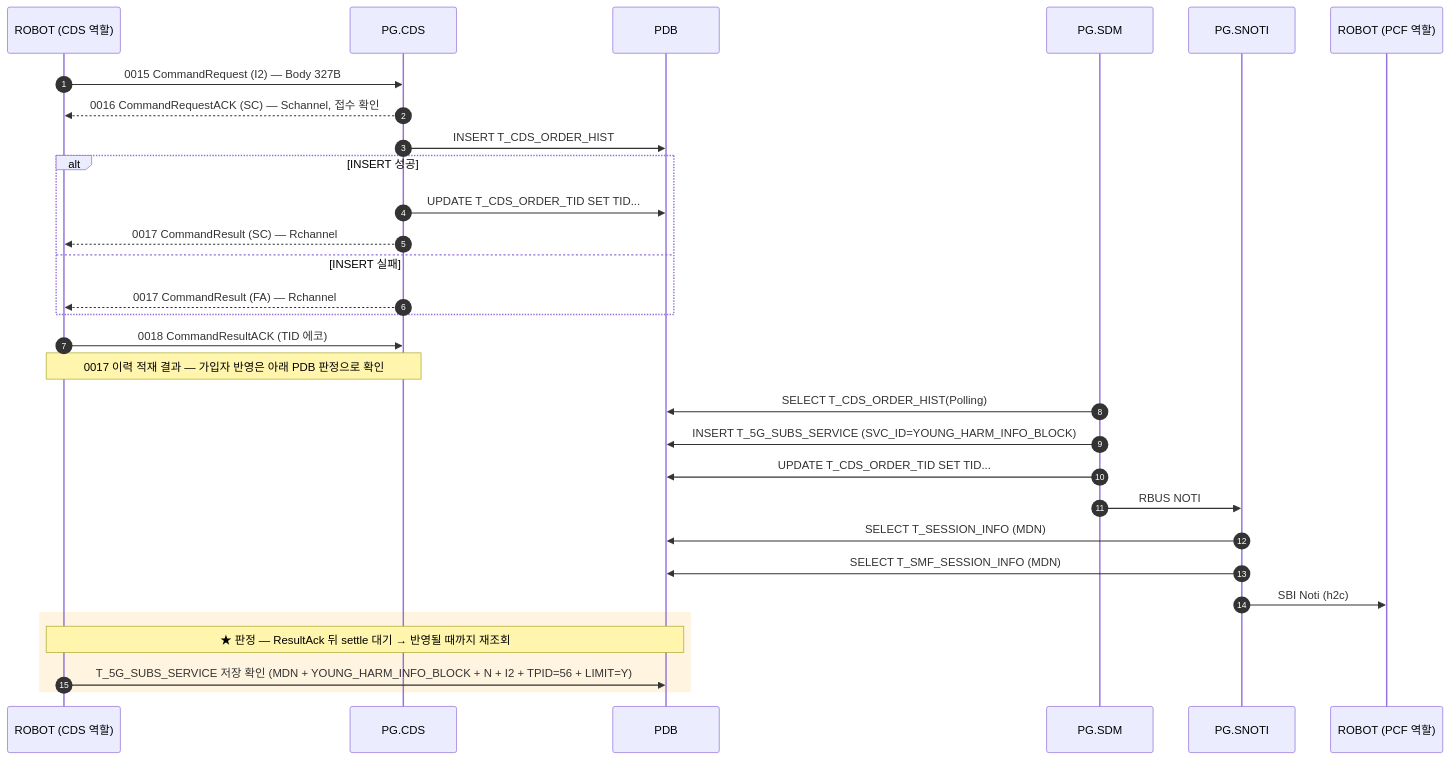
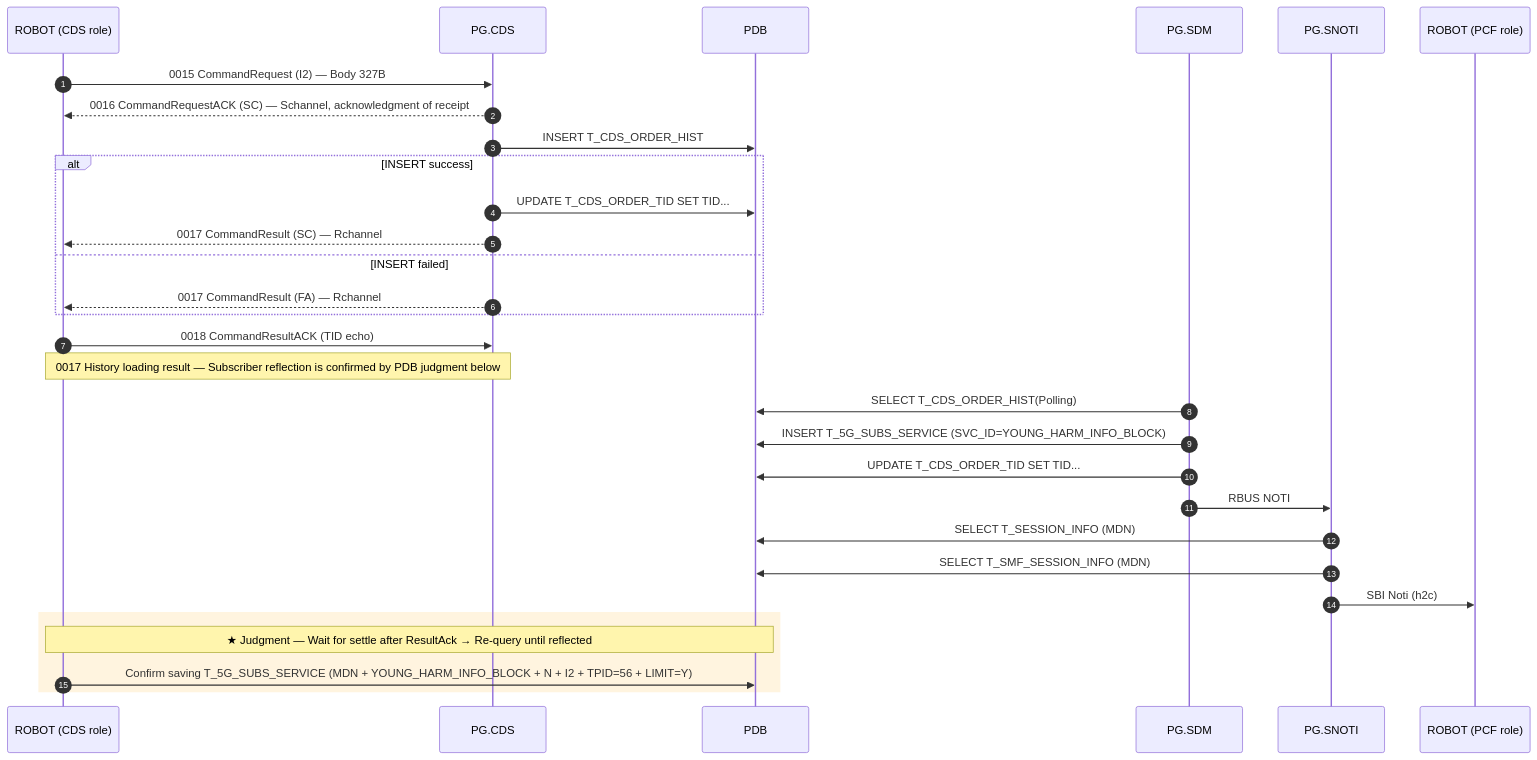
The fourth of 11 diagrams in docs/callflow/cds_callflow.md (IanKim2030/tc4robot), drawn with Mermaid before and after one commit. The commit also changed other lines of this file and 83 other files, not shown here.

````diff
--- a/docs/callflow/cds_callflow.md
+++ b/docs/callflow/cds_callflow.md
@@ -432,34 +432,34 @@
 ```mermaid
 sequenceDiagram
     autonumber
-    participant TOOL as ROBOT (CDS 역할)
+    participant TOOL as ROBOT (CDS role)
     participant PCDS as PG.CDS
     participant PDB as PDB
     participant SDM as PG.SDM
     participant SNOTI as PG.SNOTI
-    participant PCF as ROBOT (PCF 역할)
+    participant PCF as ROBOT (PCF role)
 
     TOOL->>PCDS: 0015 CommandRequest (I2) — Body 327B
-    PCDS-->>TOOL: 0016 CommandRequestACK (SC) — Schannel, 접수 확인
+    PCDS-->>TOOL: 0016 CommandRequestACK (SC) — Schannel, acknowledgment of receipt
     PCDS->>PDB: INSERT T_CDS_ORDER_HIST
-    alt INSERT 성공
+    alt INSERT success
         PCDS->>PDB: UPDATE T_CDS_ORDER_TID SET TID...
         PCDS-->>TOOL: 0017 CommandResult (SC) — Rchannel
-    else INSERT 실패
+    else INSERT failed
         PCDS-->>TOOL: 0017 CommandResult (FA) — Rchannel
     end
-    TOOL->>PCDS: 0018 CommandResultACK (TID 에코)
-    Note over TOOL,PCDS: 0017 이력 적재 결과 — 가입자 반영은 아래 PDB 판정으로 확인
+    TOOL->>PCDS: 0018 CommandResultACK (TID echo)
+    Note over TOOL,PCDS: 0017 History loading result — Subscriber reflection is confirmed by PDB judgment below
 
     SDM->>PDB: SELECT T_CDS_ORDER_HIST(Polling)
     SDM->>PDB: INSERT T_5G_SUBS_SERVICE (SVC_ID=YOUNG_HARM_INFO_BLOCK)
     SDM->>PDB: UPDATE T_CDS_ORDER_TID SET TID...
     SDM->>SNOTI: RBUS NOTI
     SNOTI->>PDB: SELECT T_SESSION_INFO (MDN)
     SNOTI->>PDB: SELECT T_SMF_SESSION_INFO (MDN)
     SNOTI->>PCF: SBI Noti (h2c)
     rect rgba(255, 176, 32, 0.14)
-    Note over TOOL,PDB: ★ 판정 — ResultAck 뒤 settle 대기 → 반영될 때까지 재조회
-        TOOL->>PDB: T_5G_SUBS_SERVICE 저장 확인 (MDN + YOUNG_HARM_INFO_BLOCK + N + I2 + TPID=56 + LIMIT=Y)
+    Note over TOOL, PDB: ★ Judgment — Wait for settle after ResultAck → Re-query until reflected
+        TOOL->>PDB: Confirm saving T_5G_SUBS_SERVICE (MDN + YOUNG_HARM_INFO_BLOCK + N + I2 + TPID=56 + LIMIT=Y)
     end
 ```
````
